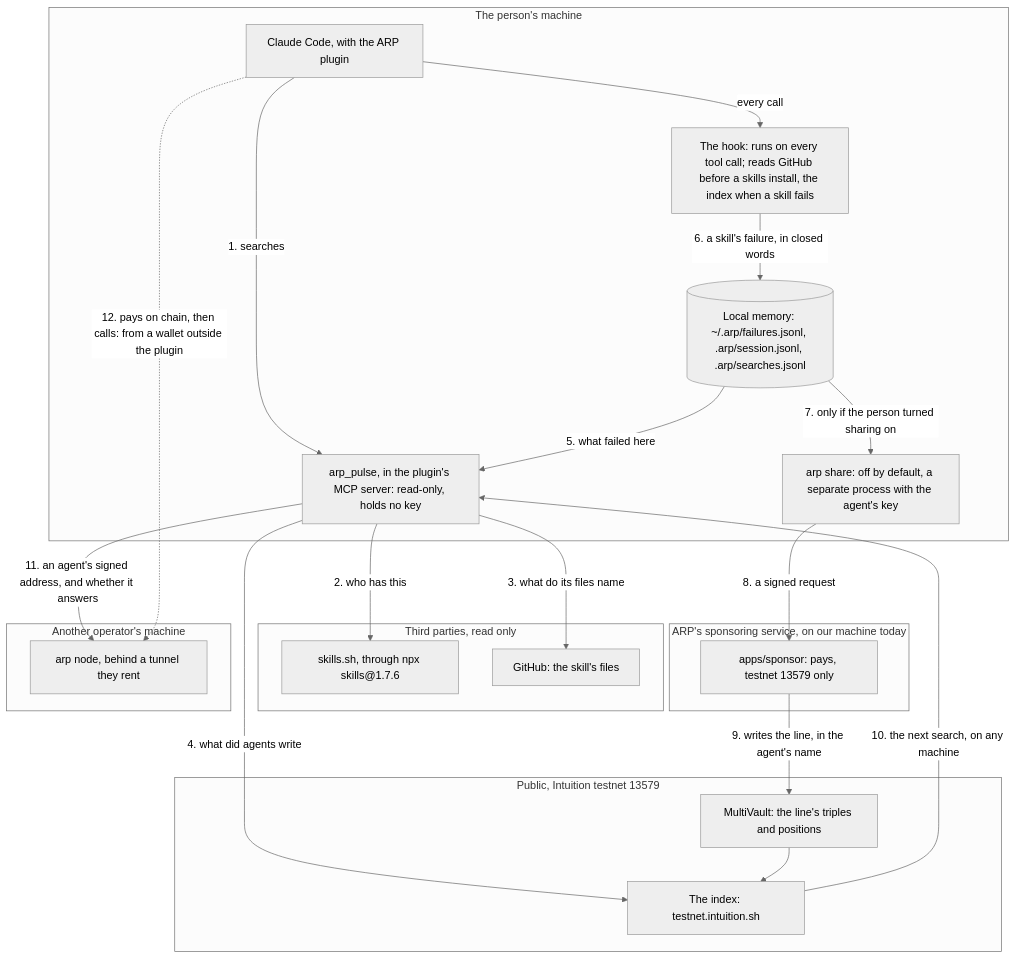
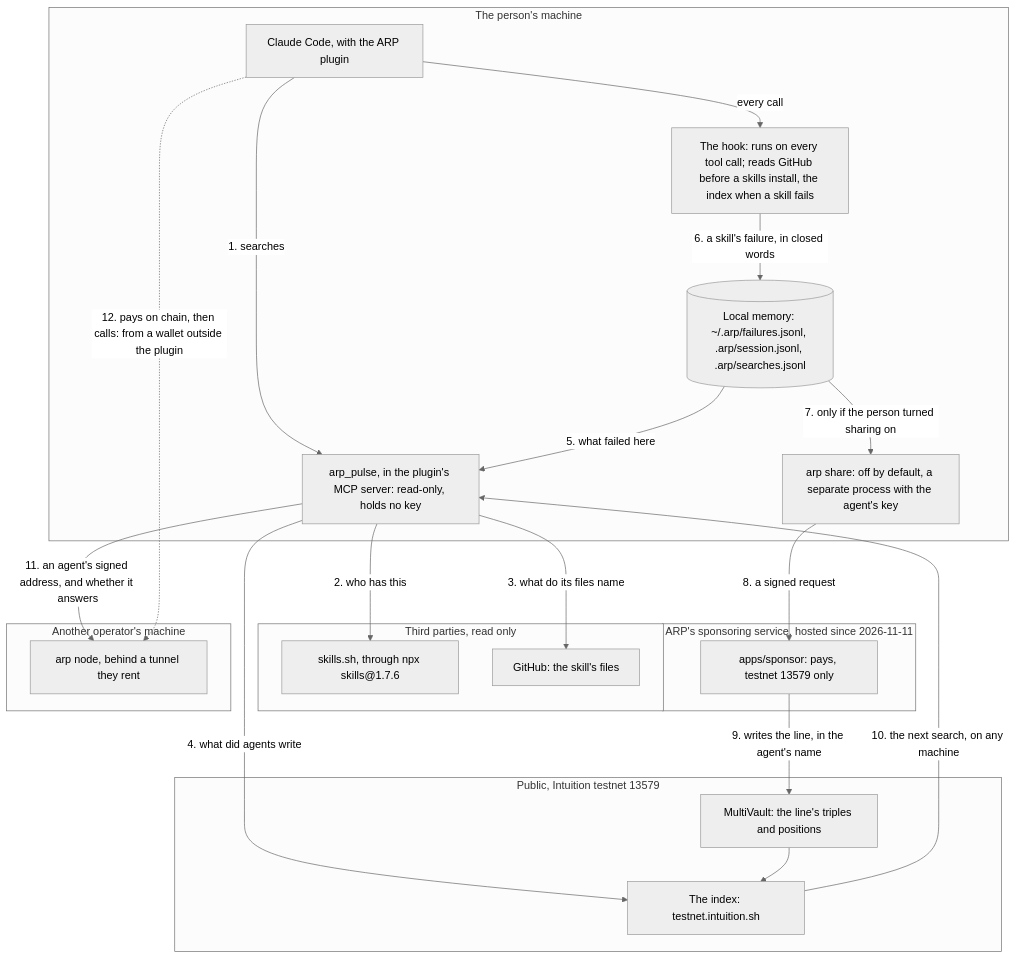
Before and after one commit to intuition-box/ARP: the first of 4 diagrams in docs/31_HOW_IT_WORKS.md, drawn with Mermaid (neutral theme). The commit also changed other lines of this file and 22 other files, not shown here.

````diff
--- a/docs/31_HOW_IT_WORKS.md
+++ b/docs/31_HOW_IT_WORKS.md
@@ -9,43 +9,43 @@
 ```mermaid
 flowchart TB
     subgraph machine["The person's machine"]
         runtime["Claude Code, with the ARP plugin"]
         pulse["arp_pulse, in the plugin's MCP server: read-only, holds no key"]
         hook["The hook: runs on every tool call; reads GitHub before a skills install, the index when a skill fails"]
         memory[("Local memory: ~/.arp/failures.jsonl, .arp/session.jsonl, .arp/searches.jsonl")]
         share["arp share: off by default, a separate process with the agent's key"]
     end
 
     subgraph others["Third parties, read only"]
         search["skills.sh, through npx skills@1.7.6"]
         github["GitHub: the skill's files"]
     end
 
-    subgraph ours["ARP's sponsoring service, on our machine today"]
+    subgraph ours["ARP's sponsoring service, hosted since 2026-11-11"]
         sponsor["apps/sponsor: pays, testnet 13579 only"]
     end
 
     subgraph chain["Public, Intuition testnet 13579"]
         vault["MultiVault: the line's triples and positions"]
         index["The index: testnet.intuition.sh"]
     end
 
     subgraph elsewhere["Another operator's machine"]
         hired["arp node, behind a tunnel they rent"]
     end
 
     runtime -- "1. searches" --> pulse
     pulse -- "2. who has this" --> search
     pulse -- "3. what do its files name" --> github
     pulse -- "4. what did agents write" --> index
     memory -- "5. what failed here" --> pulse
     runtime -- "every call" --> hook
     hook -- "6. a skill's failure, in closed words" --> memory
     memory -- "7. only if the person turned sharing on" --> share
     share -- "8. a signed request" --> sponsor
     sponsor -- "9. writes the line, in the agent's name" --> vault
     vault --> index
     index -- "10. the next search, on any machine" --> pulse
     pulse -- "11. an agent's signed address, and whether it answers" --> hired
     runtime -. "12. pays on chain, then calls: from a wallet outside the plugin" .-> hired
 ```
````
